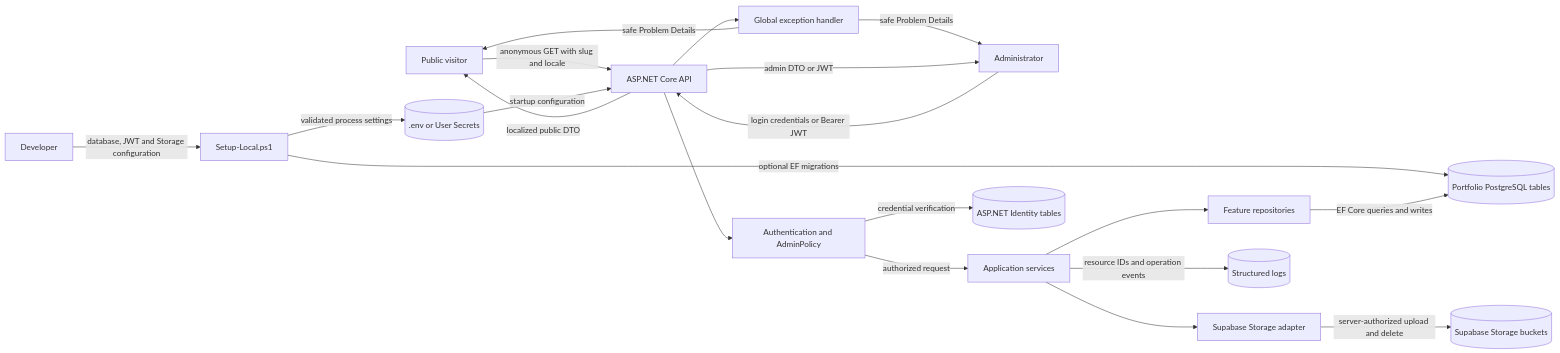
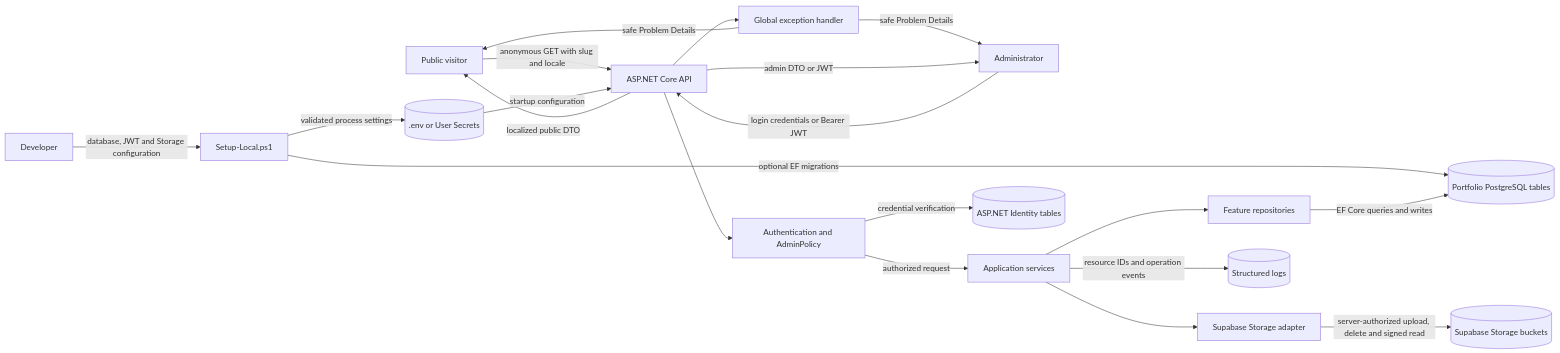
Before and after one commit to hoangnam-dev/CG03_AboutMe_API: the first of 25 diagrams in docs/architecture/CURRENT_PROCESS_FLOWS.md, drawn with Mermaid. The commit also changed other lines of this file and 19 other files, not shown here.

````diff
--- a/docs/architecture/CURRENT_PROCESS_FLOWS.md
+++ b/docs/architecture/CURRENT_PROCESS_FLOWS.md
@@ -36,44 +37,44 @@
 ```mermaid
 flowchart LR
     Public[Public visitor]
     Admin[Administrator]
     Dev[Developer]
 
     Setup[Setup-Local.ps1]
     API[ASP.NET Core API]
     Auth[Authentication and AdminPolicy]
     App[Application services]
     Repo[Feature repositories]
     StorageAdapter[Supabase Storage adapter]
     ErrorHandler[Global exception handler]
 
     Config[(.env or User Secrets)]
     Identity[(ASP.NET Identity tables)]
     Portfolio[(Portfolio PostgreSQL tables)]
     Objects[(Supabase Storage buckets)]
     Logs[(Structured logs)]
 
     Dev -->|database, JWT and Storage configuration| Setup
     Setup -->|validated process settings| Config
     Setup -->|optional EF migrations| Portfolio
 
     Public -->|anonymous GET with slug and locale| API
     Admin -->|login credentials or Bearer JWT| API
     Config -->|startup configuration| API
 
     API --> Auth
     Auth -->|credential verification| Identity
     Auth -->|authorized request| App
     App --> Repo
     Repo -->|EF Core queries and writes| Portfolio
     App --> StorageAdapter
-    StorageAdapter -->|server-authorized upload and delete| Objects
+    StorageAdapter -->|server-authorized upload, delete and signed read| Objects
 
     App -->|resource IDs and operation events| Logs
     API --> ErrorHandler
     ErrorHandler -->|safe Problem Details| Public
     ErrorHandler -->|safe Problem Details| Admin
 
     API -->|localized public DTO| Public
     API -->|admin DTO or JWT| Admin
 ```
````
